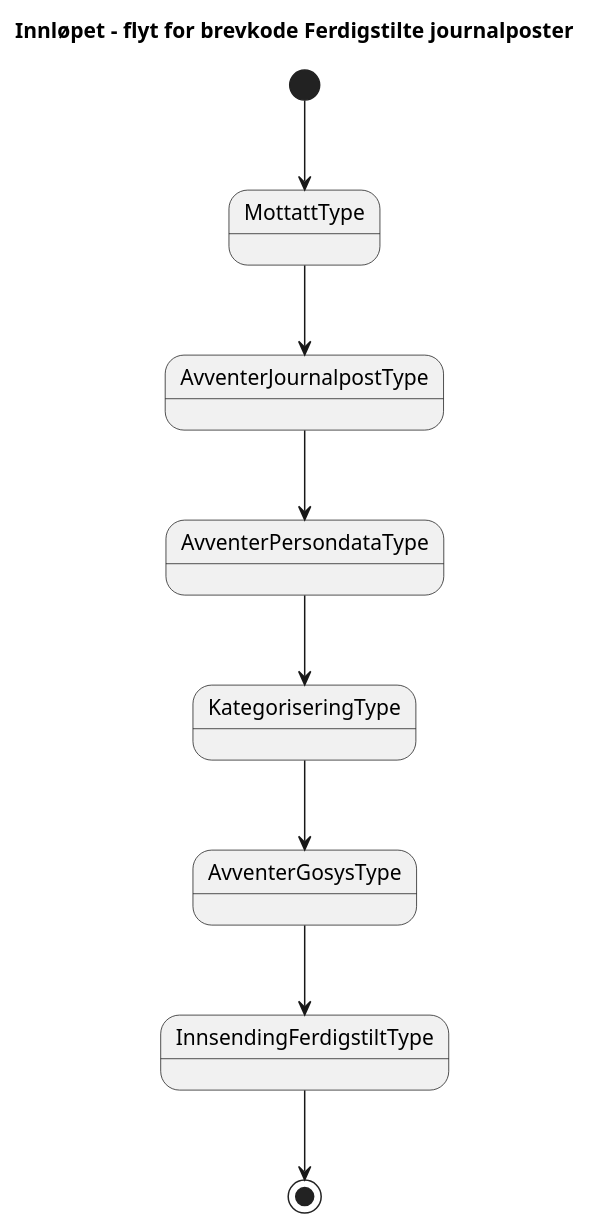
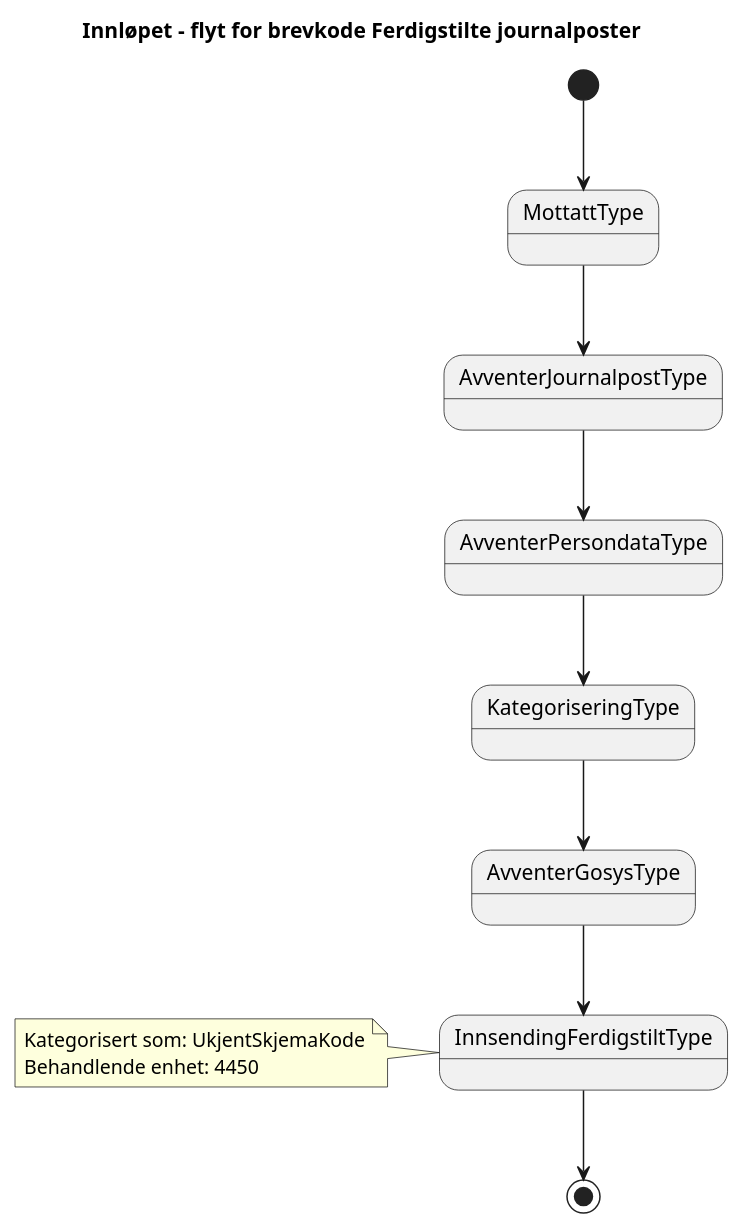
The diagram in docs/arkitektur/tilstander/Ferdigstilte journalposter.approved.puml (navikt/dp-mottak), drawn with PlantUML before and after one commit. The commit also changed 17 other files, not shown here.

```diff
--- a/docs/arkitektur/tilstander/Ferdigstilte journalposter.approved.puml
+++ b/docs/arkitektur/tilstander/Ferdigstilte journalposter.approved.puml
@@ -1,12 +1,16 @@
 @startuml
 title 
 Innløpet – flyt for brevkode Ferdigstilte journalposter
 end title           
-[*]-->MottattType 
+[*]-->MottattType
 MottattType --> AvventerJournalpostType
 AvventerJournalpostType --> AvventerPersondataType
 AvventerPersondataType --> KategoriseringType
 KategoriseringType --> AvventerGosysType
 AvventerGosysType --> InnsendingFerdigstiltType
 InnsendingFerdigstiltType--> [*]
+note left of InnsendingFerdigstiltType
+Kategorisert som: UkjentSkjemaKode
+Behandlende enhet: 4450  
+end note
 @enduml
```
